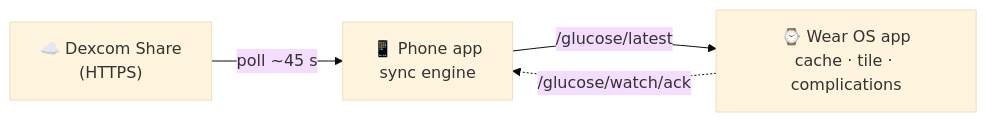
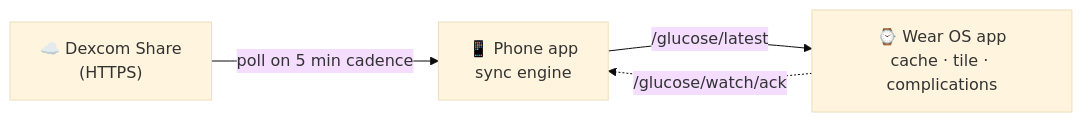
One commit to ToXY0392/Glucose-For-Watch changed the diagram in README.md. Above: the diagram before and after it, drawn with Mermaid (base theme). The commit also changed 15 other files, not shown here.

First line of the commit message:
perf(sync): poll Dexcom on the 5-minute reading cadence, one staleness rule

````diff
--- a/README.md
+++ b/README.md
@@ -41,6 +41,6 @@
 ```mermaid
 flowchart LR
-    D["☁️ Dexcom Share<br/>(HTTPS)"] -->|"poll ~45 s"| P["📱 Phone app<br/>sync engine"]
+    D["☁️ Dexcom Share<br/>(HTTPS)"] -->|"poll on 5 min cadence"| P["📱 Phone app<br/>sync engine"]
     P -->|"/glucose/latest"| W["⌚ Wear OS app<br/>cache · tile · complications"]
     W -.->|"/glucose/watch/ack"| P
 ```
````
